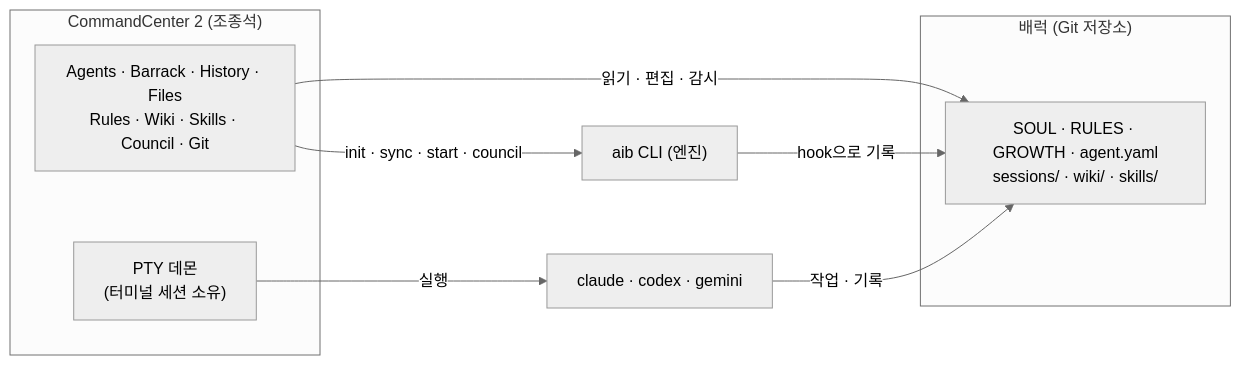
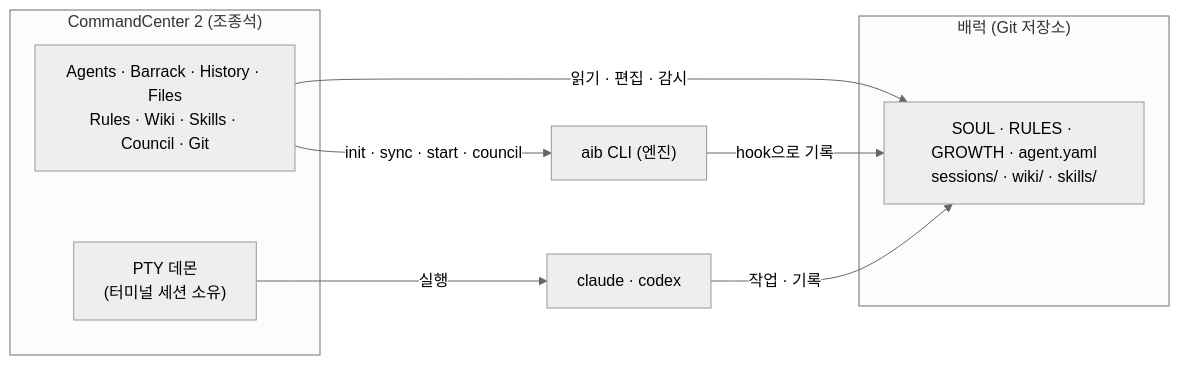
One commit to ai-barracks/ai-barracks-cc changed the first of 2 diagrams in README.md. Above: the diagram before and after it, drawn with Mermaid (neutral theme). The commit also changed other lines of this file and 34 other files, not shown here.

````diff
--- a/README.md
+++ b/README.md
@@ -46,17 +46,17 @@
 ```mermaid
 flowchart LR
     subgraph CC["CommandCenter 2 (조종석)"]
         UI["Agents · Barrack · History · Files<br/>Rules · Wiki · Skills · Council · Git"]
         D["PTY 데몬<br/>(터미널 세션 소유)"]
     end
     subgraph B["배럭 (Git 저장소)"]
         F["SOUL · RULES · GROWTH · agent.yaml<br/>sessions/ · wiki/ · skills/"]
     end
     A["aib CLI (엔진)"]
-    L["claude · codex · gemini"]
+    L["claude · codex"]
     UI -- "읽기 · 편집 · 감시" --> F
     UI -- "init · sync · start · council" --> A
     A -- "hook으로 기록" --> F
     D -- "실행" --> L
     L -- "작업 · 기록" --> F
 ```
````
